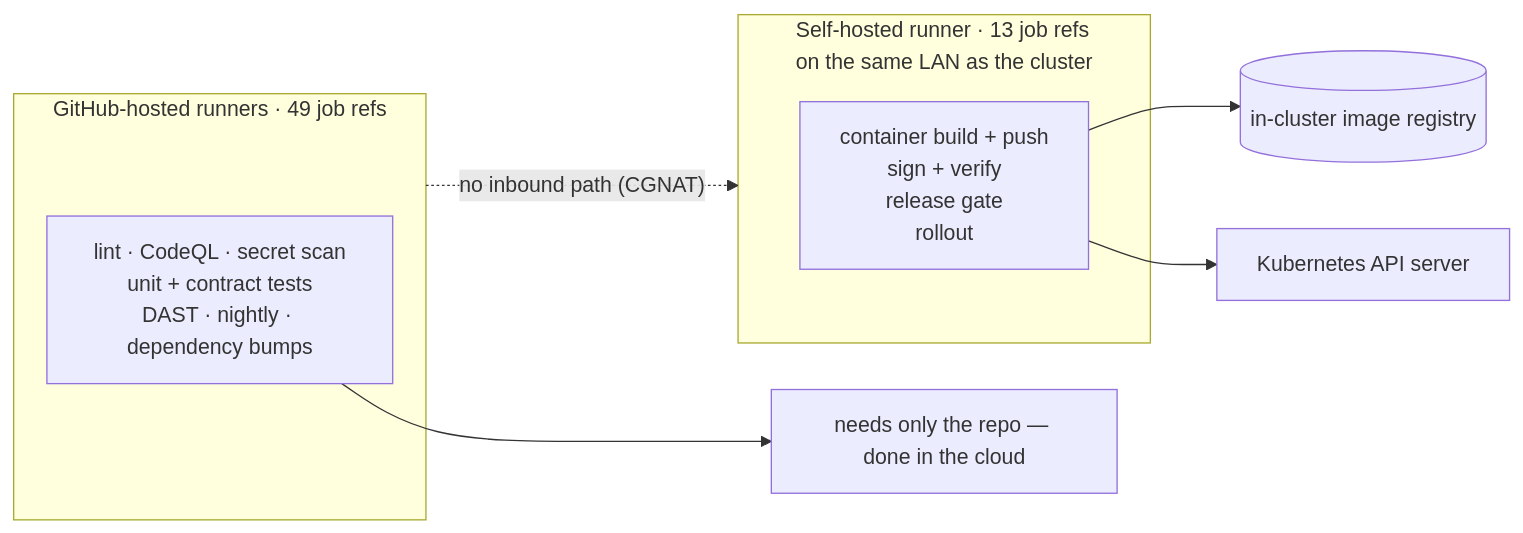
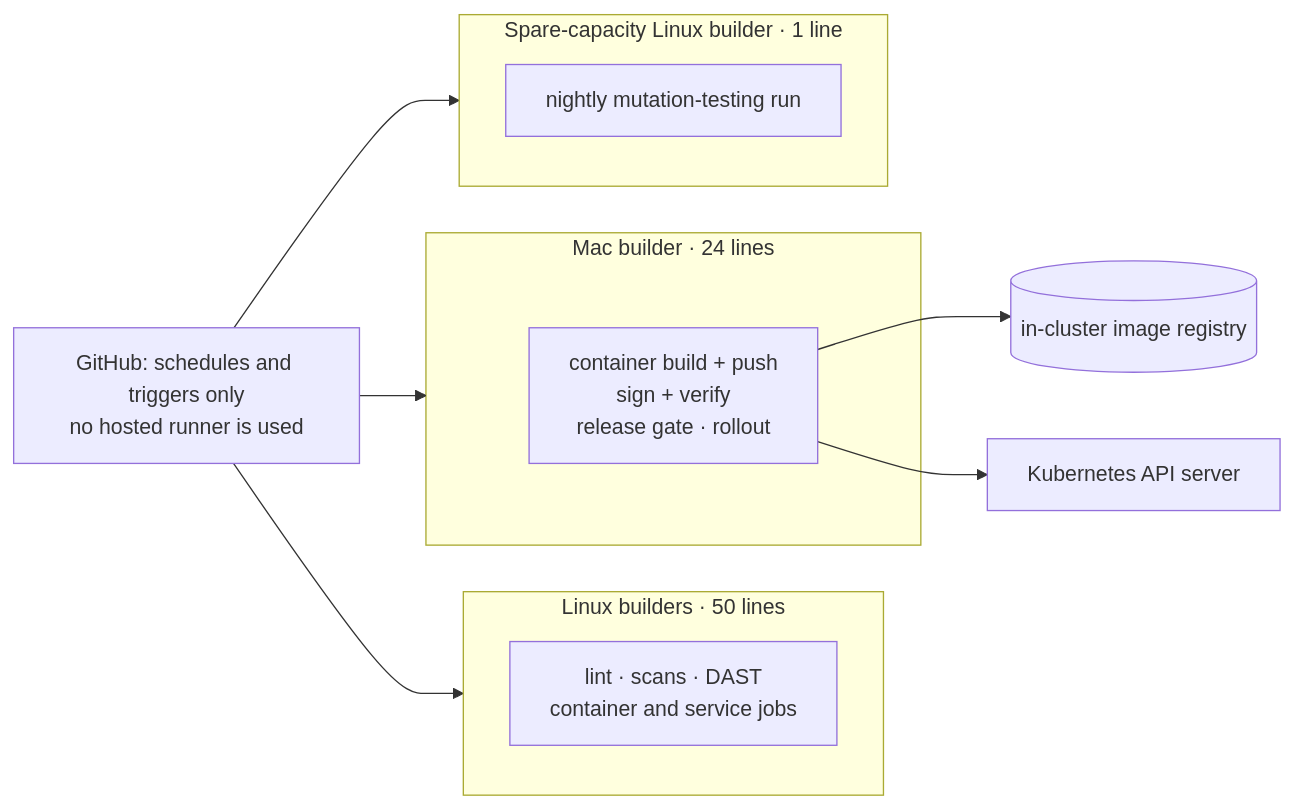
Before and after one commit to schultzzznet/schultzzznet: the first of 3 diagrams in docs/platform.md, drawn with Mermaid. The commit also changed other lines of this file and 13 other files, not shown here.

````diff
--- a/docs/platform.md
+++ b/docs/platform.md
@@ -28,13 +43,18 @@
 ```mermaid
 flowchart LR
-  subgraph GH["GitHub-hosted runners · 49 job refs"]
-    A["lint · CodeQL · secret scan<br/>unit + contract tests<br/>DAST · nightly · dependency bumps"]
+  GH["GitHub: schedules and triggers only<br/>no hosted runner is used"]
+  subgraph LIN["Linux builders · 50 lines"]
+    A["lint · scans · DAST<br/>container and service jobs"]
   end
-  subgraph LAN["Self-hosted runner · 13 job refs<br/>on the same LAN as the cluster"]
-    B["container build + push<br/>sign + verify<br/>release gate<br/>rollout"]
+  subgraph MAC["Mac builder · 24 lines"]
+    B["container build + push<br/>sign + verify<br/>release gate · rollout"]
   end
-  A --> OK["needs only the repo — done in the cloud"]
+  subgraph WIFI["Spare-capacity Linux builder · 1 line"]
+    W["nightly mutation-testing run"]
+  end
+  GH --> LIN
+  GH --> MAC
+  GH --> WIFI
   B --> REG[("in-cluster image registry")]
   B --> API["Kubernetes API server"]
-  GH -. "no inbound path (CGNAT)" .-> LAN
 ```
````
